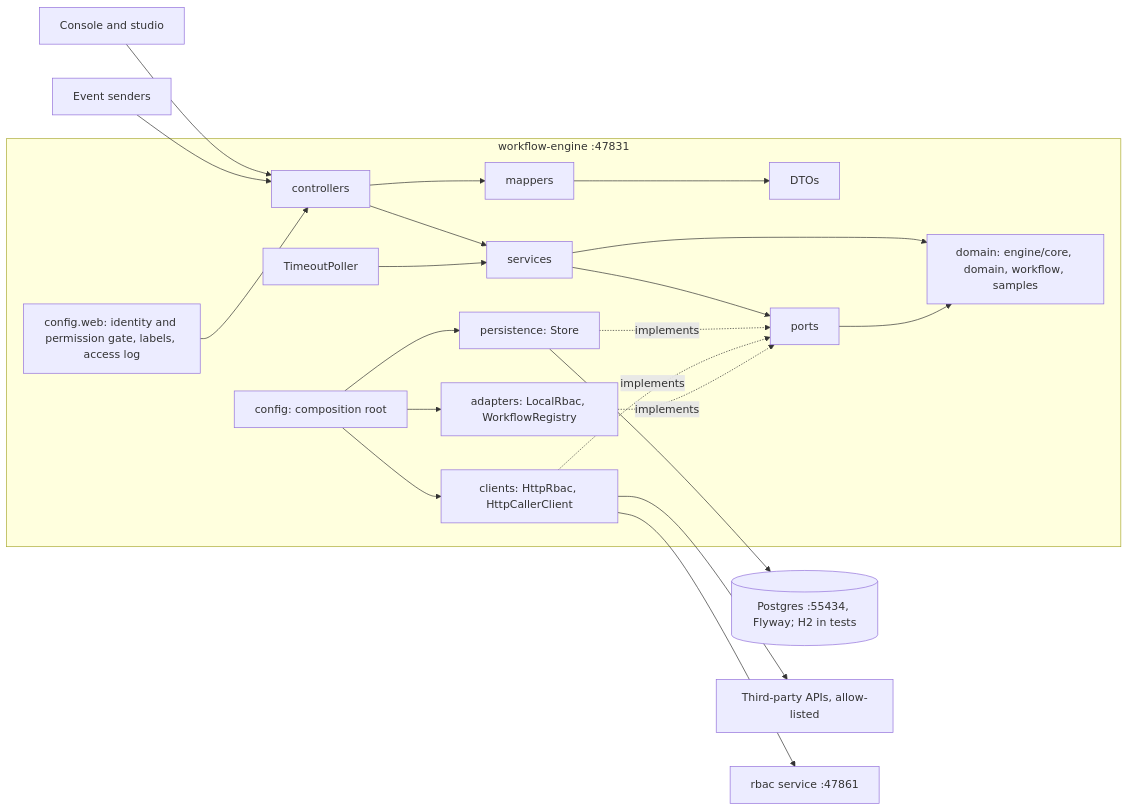
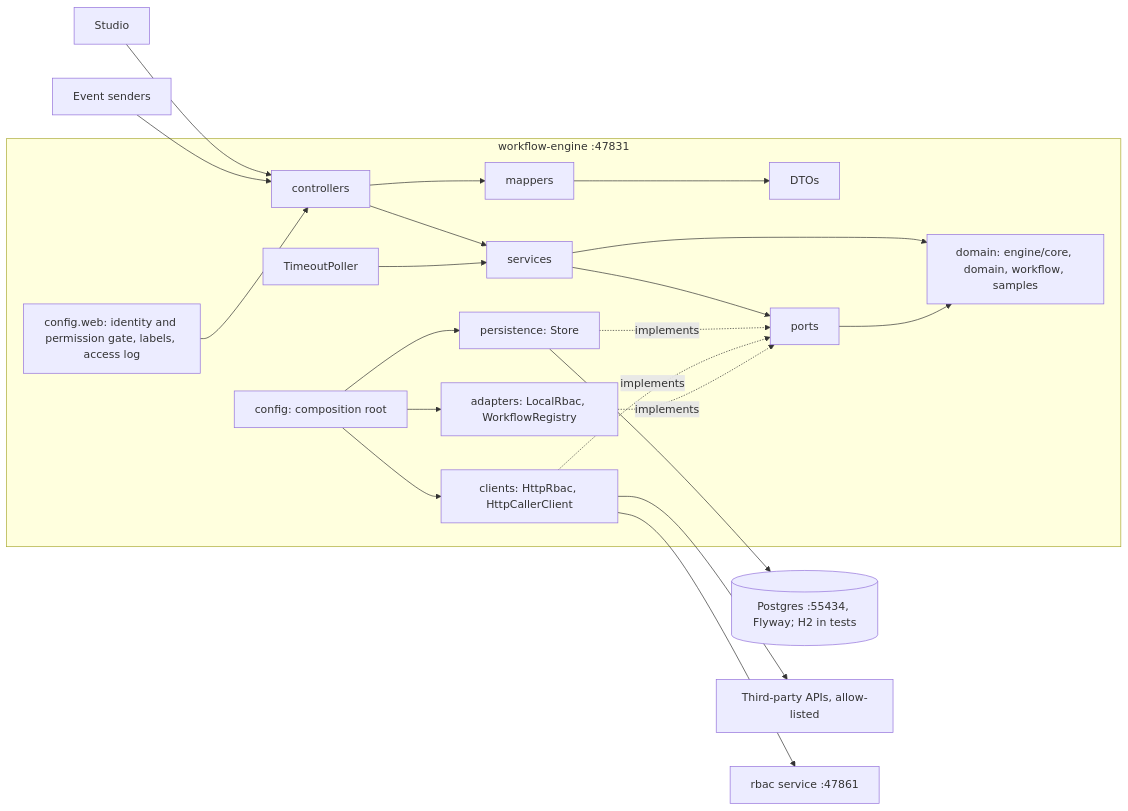
One commit to Garrett-James-Cassar/workflow-engine changed the diagram in ARCHITECTURE.md. Above: the diagram before and after it, drawn with Mermaid. The commit also changed other lines of this file and 6 other files, not shown here.

````diff
--- a/ARCHITECTURE.md
+++ b/ARCHITECTURE.md
@@ -9,24 +9,24 @@
 ```mermaid
 flowchart LR
-  console[Console and studio] --> controllers
+  studio[Studio] --> controllers
   partner[Event senders] --> controllers
   subgraph app[workflow-engine :47831]
     web[config.web: identity and permission gate, labels, access log] --> controllers
     controllers --> mappers
     mappers --> dtos[DTOs]
     controllers --> services
     services --> ports
     services --> domain[domain: engine/core, domain, workflow, samples]
     ports --> domain
     repositories[persistence: Store] -. implements .-> ports
     clients[clients: HttpRbac, HttpCallerClient] -. implements .-> ports
     adapters[adapters: LocalRbac, WorkflowRegistry] -. implements .-> ports
     config[config: composition root] --> repositories
     config --> clients
     config --> adapters
     poller[TimeoutPoller] --> services
   end
   repositories --> db[(Postgres :55434, Flyway; H2 in tests)]
   clients --> ext[Third-party APIs, allow-listed]
   clients --> rbac[rbac service :47861]
 ```
````
